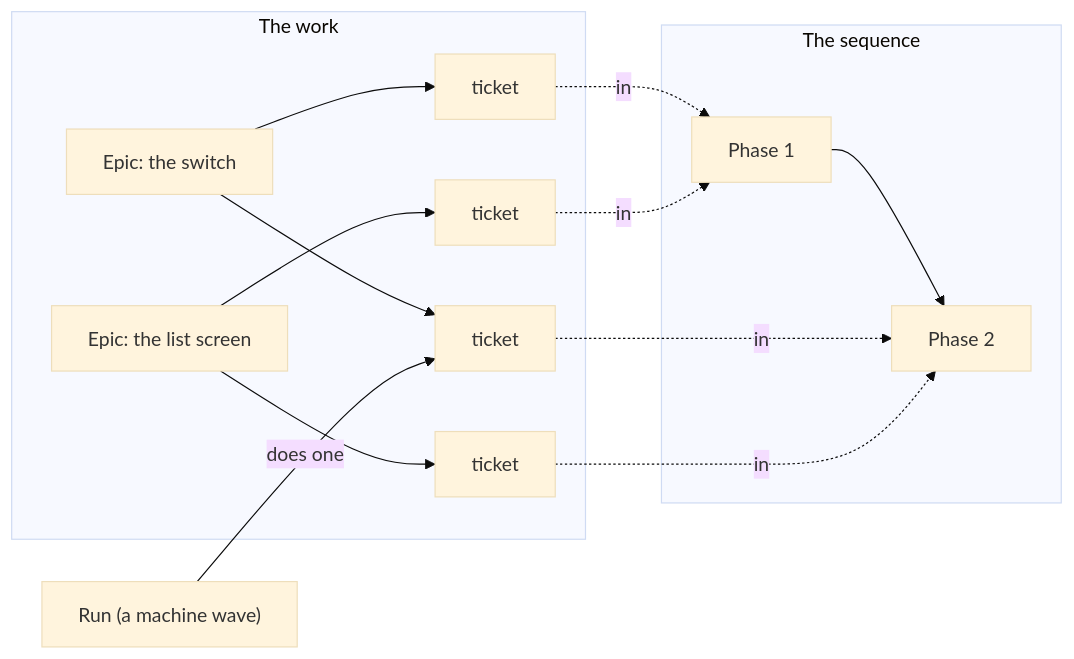
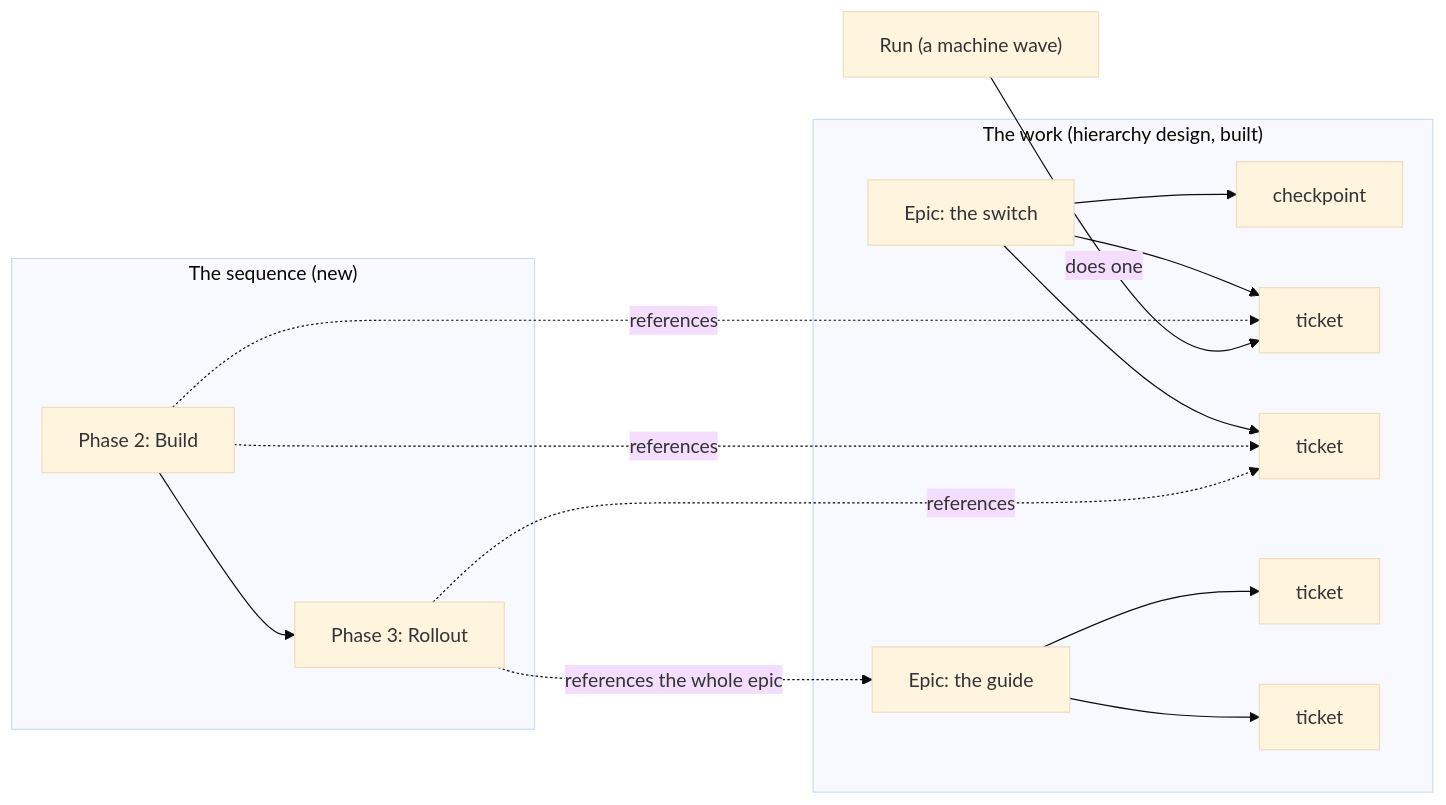
One commit to Synapsium-Labs/ccrc-pwa changed the first of 3 diagrams in docs/superpowers/specs/2026-11-16-programme-work-map-design.md. Above: the diagram before and after it, drawn with Mermaid (base theme). The commit also changed other lines of this file and 5 other files, not shown here.

````diff
--- a/docs/superpowers/specs/2026-11-16-programme-work-map-design.md
+++ b/docs/superpowers/specs/2026-11-16-programme-work-map-design.md
@@ -111,17 +118,18 @@
 ```mermaid
 flowchart LR
-  subgraph WORK["The work"]
-    E1["Epic: the switch"] --> T1["ticket"]
+  subgraph WORK["The work (hierarchy design, built)"]
+    E1["Epic: the switch"] --> C1["checkpoint"]
+    E1 --> T1["ticket"]
     E1 --> T2["ticket"]
-    E2["Epic: the list screen"] --> T3["ticket"]
+    E2["Epic: the guide"] --> T3["ticket"]
     E2 --> T4["ticket"]
   end
-  subgraph SEQ["The sequence"]
-    P1["Phase 1"] --> P2["Phase 2"]
+  subgraph SEQ["The sequence (new)"]
+    P2["Phase 2: Build"] --> P3["Phase 3: Rollout"]
   end
-  T1 -. "in" .-> P1
-  T3 -. "in" .-> P1
-  T2 -. "in" .-> P2
-  T4 -. "in" .-> P2
-  R["Run (a machine wave)"] -- "does one" --> T2
+  P2 -. "references" .-> T1
+  P2 -. "references" .-> T2
+  P3 -. "references" .-> T2
+  P3 -. "references the whole epic" .-> E2
+  R["Run (a machine wave)"] -- "does one" --> T1
 ```
````
